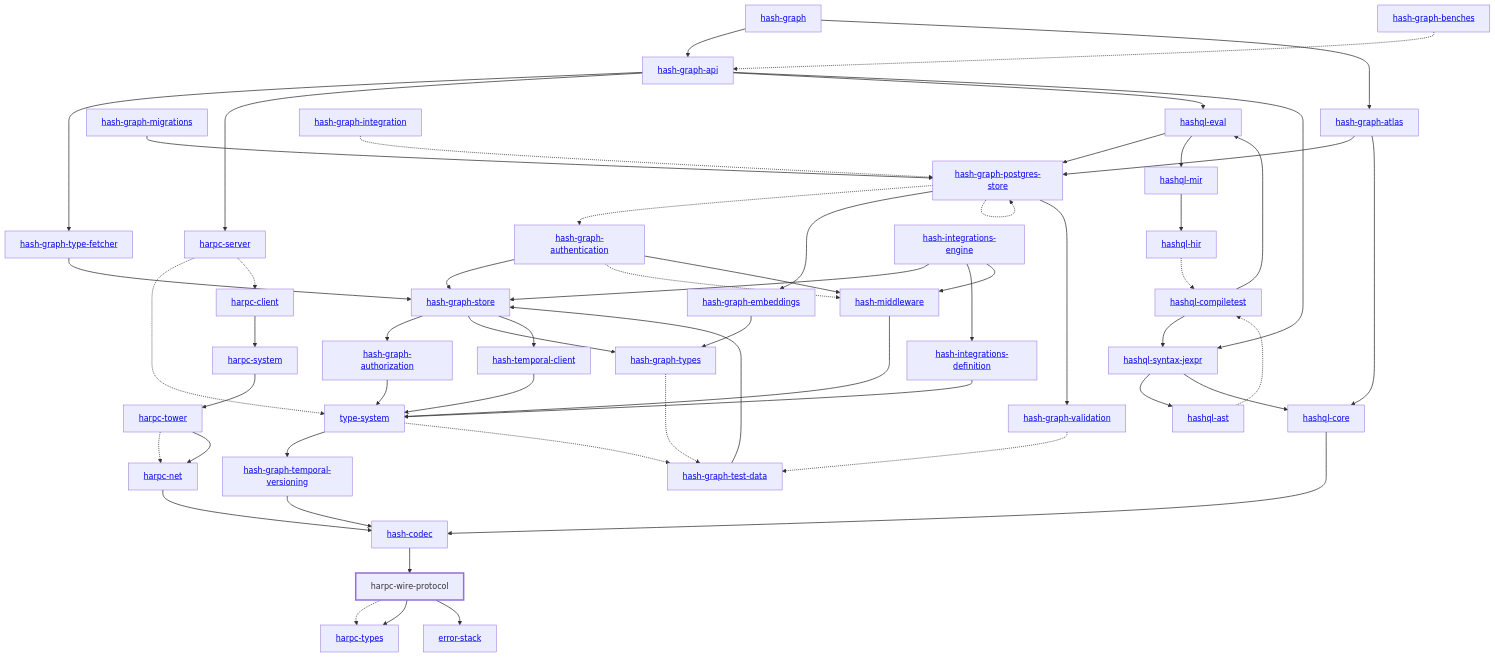
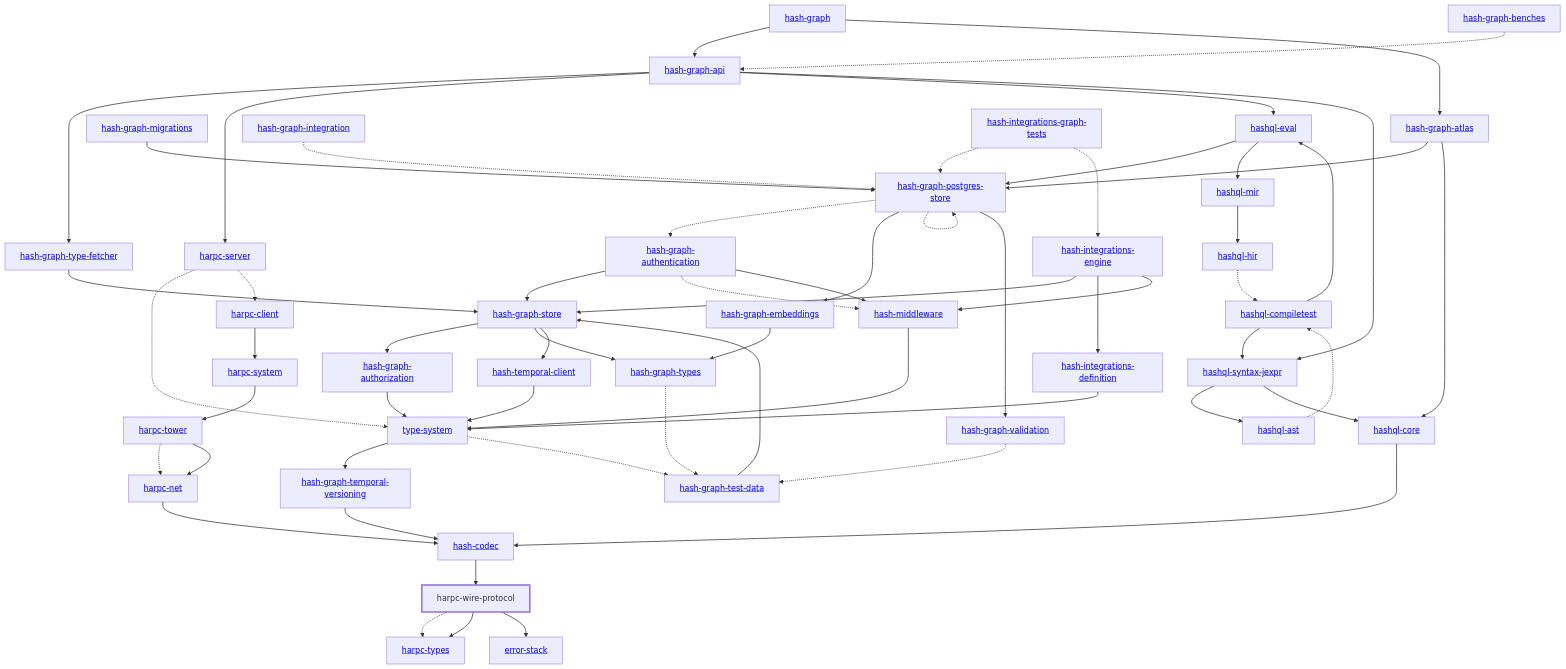
One commit to hashintel/hash changed the diagram in libs/@local/harpc/wire-protocol/docs/dependency-diagram.mmd. Above: the diagram before and after it, drawn with Mermaid. The commit also changed 20 other files, not shown here.

Commit message:
Update dependency diagrams for the aviation integration test

```diff
--- a/libs/@local/harpc/wire-protocol/docs/dependency-diagram.mmd
+++ b/libs/@local/harpc/wire-protocol/docs/dependency-diagram.mmd
@@ -1,105 +1,108 @@
 graph TD
     linkStyle default stroke-width:1.5px
     classDef default stroke-width:1px
     classDef root stroke-width:3px
     classDef dev stroke-width:1px
     classDef build stroke-width:1px
     %% Legend
     %% --> : Normal dependency
     %% -.-> : Dev dependency
     %% ---> : Build dependency
     0[<a href="../hash_graph/index.html">hash-graph</a>]
     1[<a href="../type_system/index.html">type-system</a>]
     2[<a href="../hash_codec/index.html">hash-codec</a>]
     3[<a href="../hash_graph_api/index.html">hash-graph-api</a>]
     4[<a href="../hash_graph_atlas/index.html">hash-graph-atlas</a>]
     5[<a href="../hash_graph_authentication/index.html">hash-graph-authentication</a>]
     6[<a href="../hash_graph_authorization/index.html">hash-graph-authorization</a>]
     7[<a href="../hash_graph_embeddings/index.html">hash-graph-embeddings</a>]
     8[<a href="../hash_graph_migrations/index.html">hash-graph-migrations</a>]
     9[<a href="../hash_graph_postgres_store/index.html">hash-graph-postgres-store</a>]
     10[<a href="../hash_graph_store/index.html">hash-graph-store</a>]
     11[<a href="../hash_graph_temporal_versioning/index.html">hash-graph-temporal-versioning</a>]
     12[<a href="../hash_graph_type_fetcher/index.html">hash-graph-type-fetcher</a>]
     13[<a href="../hash_graph_types/index.html">hash-graph-types</a>]
     14[<a href="../hash_graph_validation/index.html">hash-graph-validation</a>]
     15[<a href="../harpc_client/index.html">harpc-client</a>]
     16[<a href="../harpc_net/index.html">harpc-net</a>]
     17[<a href="../harpc_server/index.html">harpc-server</a>]
     18[<a href="../harpc_system/index.html">harpc-system</a>]
     19[<a href="../harpc_tower/index.html">harpc-tower</a>]
     20[<a href="../harpc_types/index.html">harpc-types</a>]
     21[harpc-wire-protocol]
     class 21 root
     22[<a href="../hashql_ast/index.html">hashql-ast</a>]
     23[<a href="../hashql_compiletest/index.html">hashql-compiletest</a>]
     24[<a href="../hashql_core/index.html">hashql-core</a>]
     25[<a href="../hashql_eval/index.html">hashql-eval</a>]
     26[<a href="../hashql_hir/index.html">hashql-hir</a>]
     27[<a href="../hashql_mir/index.html">hashql-mir</a>]
     28[<a href="../hashql_syntax_jexpr/index.html">hashql-syntax-jexpr</a>]
     29[<a href="../hash_integrations_definition/index.html">hash-integrations-definition</a>]
     30[<a href="../hash_integrations_engine/index.html">hash-integrations-engine</a>]
     31[<a href="../hash_middleware/index.html">hash-middleware</a>]
     32[<a href="../hash_temporal_client/index.html">hash-temporal-client</a>]
     33[<a href="../error_stack/index.html">error-stack</a>]
     34[<a href="../hash_graph_benches/index.html">hash-graph-benches</a>]
     35[<a href="../hash_graph_integration/index.html">hash-graph-integration</a>]
     36[<a href="../hash_graph_test_data/index.html">hash-graph-test-data</a>]
+    37[<a href="../hash_integrations_graph_tests/index.html">hash-integrations-graph-tests</a>]
     0 --> 3
     0 --> 4
     1 --> 11
     1 -.-> 36
     2 --> 21
     3 --> 12
     3 --> 17
     3 --> 25
     3 --> 28
     4 --> 9
     4 --> 24
     5 --> 10
     5 -.-> 31
     5 --> 31
     6 --> 1
     7 --> 13
     8 --> 9
     9 -.-> 5
     9 --> 7
     9 -.-> 9
     9 --> 14
     10 --> 6
     10 --> 13
     10 --> 32
     11 --> 2
     12 --> 10
     13 -.-> 36
     14 -.-> 36
     15 --> 18
     16 --> 2
     17 -.-> 1
     17 -.-> 15
     18 --> 19
     19 -.-> 16
     19 --> 16
     21 -.-> 20
     21 --> 20
     21 --> 33
     22 -.-> 23
     23 --> 25
     23 --> 28
     24 --> 2
     25 --> 9
     25 --> 27
     26 -.-> 23
     27 --> 26
     28 --> 22
     28 --> 24
     29 --> 1
     30 --> 10
     30 --> 29
     30 --> 31
     31 --> 1
     32 --> 1
     34 -.-> 3
     35 -.-> 9
     36 --> 10
+    37 -.-> 9
+    37 -.-> 30
```
